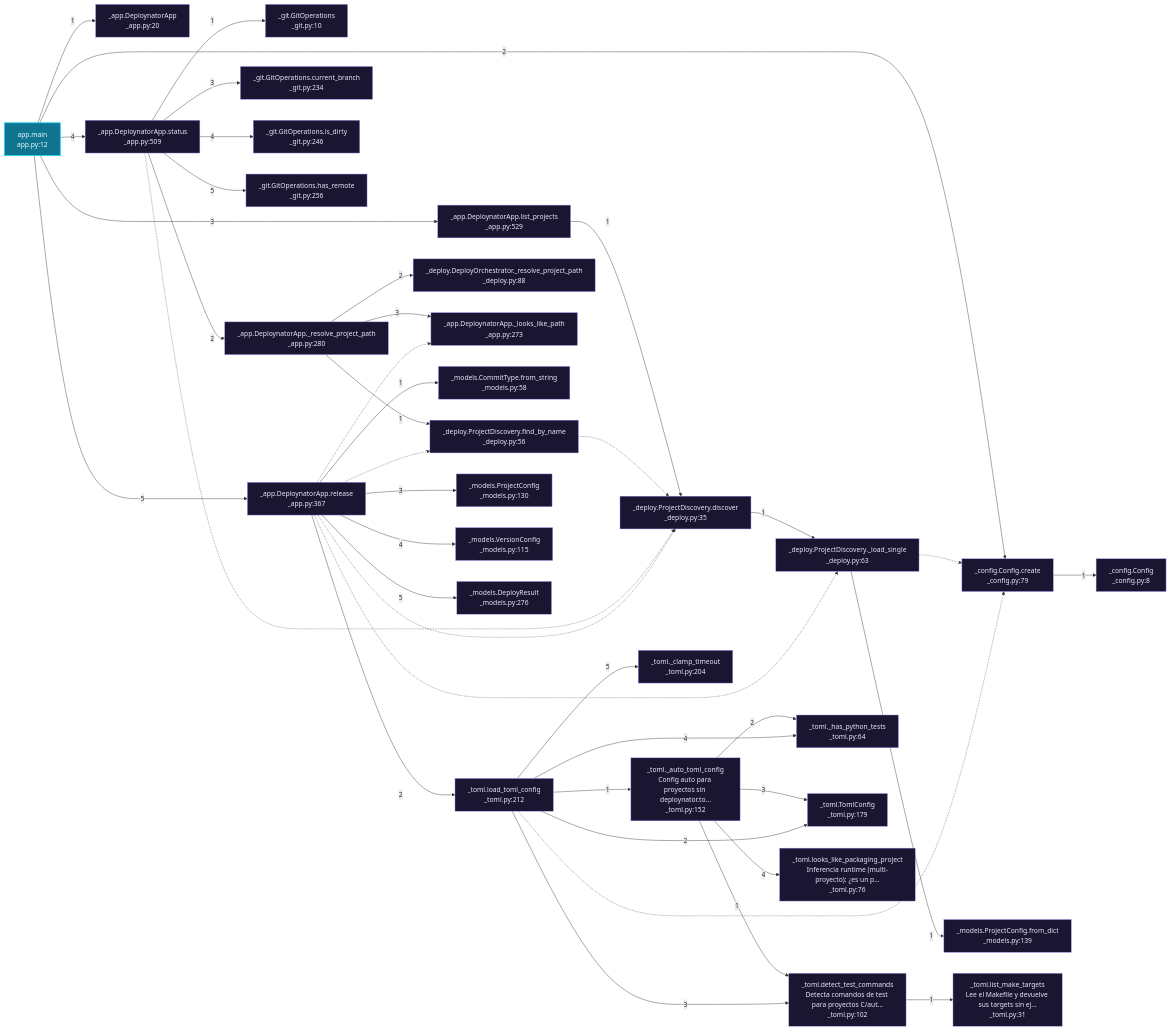
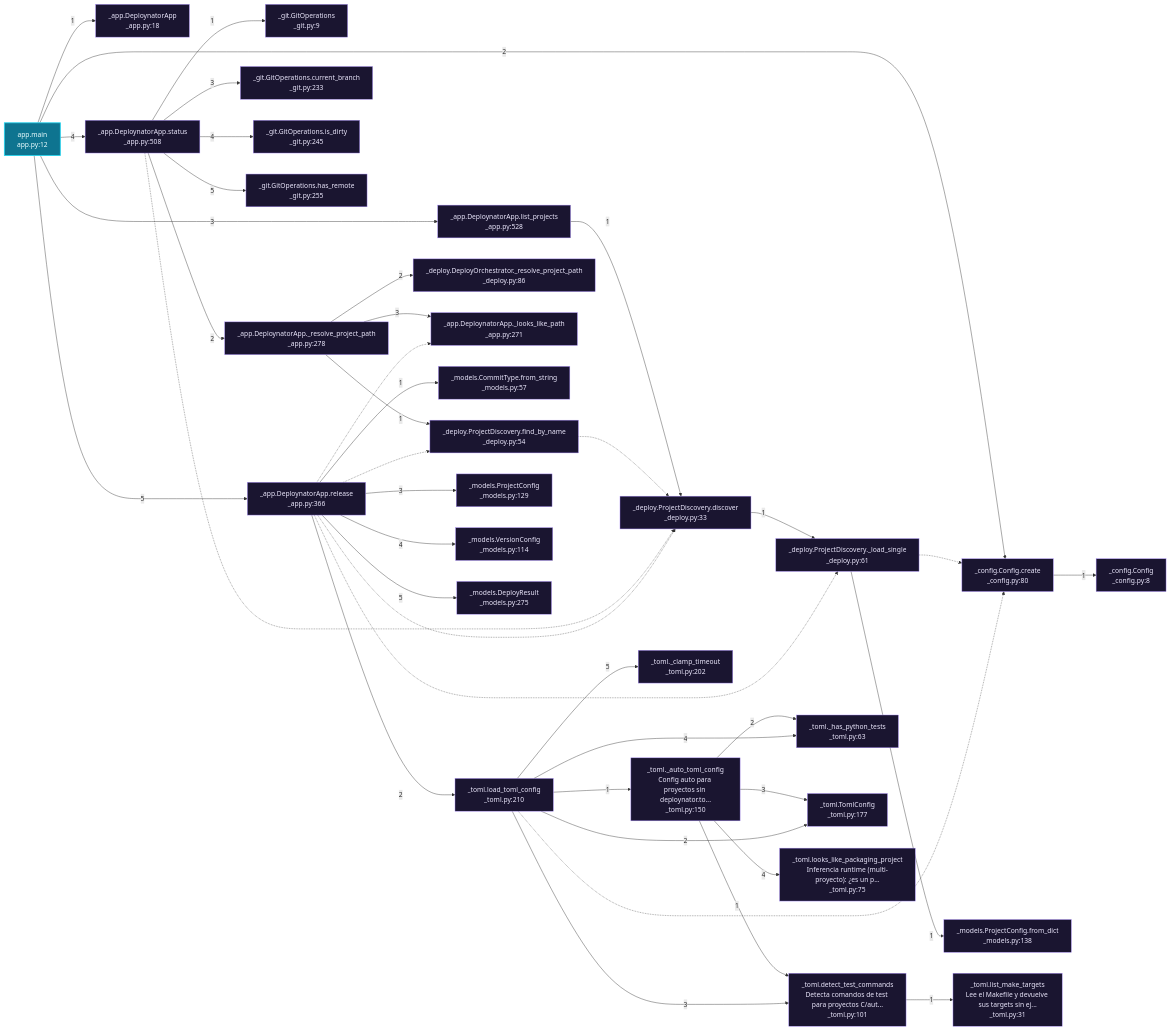
Before and after one commit to grisuno/deploynator: the third of 9 diagrams in readmenator-apidocs/architecture.md, drawn with Mermaid. The commit also changed other lines of this file and 144 other files, not shown here.

````diff
--- a/readmenator-apidocs/architecture.md
+++ b/readmenator-apidocs/architecture.md
@@ -79,75 +82,75 @@
 ```mermaid
 flowchart LR
     classDef entry fill:#0e7490,stroke:#22d3ee,color:#ecfeff,stroke-width:2px;
     classDef external fill:#1a1530,stroke:#a78bfa,color:#ede9fe;
     n_app_py__main["app.main<br/>app.py:12"]:::entry
-    n_deploynator__app_py__DeploynatorApp["_app.DeploynatorApp<br/>_app.py:20"]:::external
-    n_deploynator__config_py__create["_config.Config.create<br/>_config.py:79"]:::external
+    n_deploynator__app_py__DeploynatorApp["_app.DeploynatorApp<br/>_app.py:18"]:::external
+    n_deploynator__config_py__create["_config.Config.create<br/>_config.py:80"]:::external
     n_deploynator__config_py__Config["_config.Config<br/>_config.py:8"]:::external
-    n_deploynator__app_py__list_projects["_app.DeploynatorApp.list_projects<br/>_app.py:529"]:::external
-    n_deploynator__deploy_py__discover["_deploy.ProjectDiscovery.discover<br/>_deploy.py:35"]:::external
-    n_deploynator__deploy_py___load_single["_deploy.ProjectDiscovery._load_single<br/>_deploy.py:63"]:::external
-    n_deploynator__models_py__from_dict_139["_models.ProjectConfig.from_dict<br/>_models.py:139"]:::external
-    n_deploynator__app_py__status["_app.DeploynatorApp.status<br/>_app.py:509"]:::external
-    n_deploynator__git_py__GitOperations["_git.GitOperations<br/>_git.py:10"]:::external
-    n_deploynator__app_py___resolve_project_path["_app.DeploynatorApp._resolve_project_path<br/>_app.py:280"]:::external
-    n_deploynator__deploy_py__find_by_name["_deploy.ProjectDiscovery.find_by_name<br/>_deploy.py:56"]:::external
-    n_deploynator__deploy_py___resolve_project_path["_deploy.DeployOrchestrator._resolve_project_path<br/>_deploy.py:88"]:::external
-    n_deploynator__app_py___looks_like_path["_app.DeploynatorApp._looks_like_path<br/>_app.py:273"]:::external
-    n_deploynator__git_py__current_branch["_git.GitOperations.current_branch<br/>_git.py:234"]:::external
-    n_deploynator__git_py__is_dirty["_git.GitOperations.is_dirty<br/>_git.py:246"]:::external
-    n_deploynator__git_py__has_remote["_git.GitOperations.has_remote<br/>_git.py:256"]:::external
-    n_deploynator__app_py__release["_app.DeploynatorApp.release<br/>_app.py:367"]:::external
-    n_deploynator__models_py__from_string_58["_models.CommitType.from_string<br/>_models.py:58"]:::external
-    n_deploynator__toml_py__load_toml_config["_toml.load_toml_config<br/>_toml.py:212"]:::external
-    n_deploynator__toml_py___auto_toml_config["_toml._auto_toml_config<br/>Config auto para proyectos sin deploynator.to...<br/>_toml.py:152"]:::external
-    n_deploynator__toml_py__detect_test_commands["_toml.detect_test_commands<br/>Detecta comandos de test para proyectos C/aut...<br/>_toml.py:102"]:::external
-    n_deploynator__toml_py___has_python_tests["_toml._has_python_tests<br/>_toml.py:64"]:::external
-    n_deploynator__toml_py__TomlConfig["_toml.TomlConfig<br/>_toml.py:179"]:::external
-    n_deploynator__toml_py__looks_like_packaging_project["_toml.looks_like_packaging_project<br/>Inferencia runtime (multi-proyecto): ¿es un p...<br/>_toml.py:76"]:::external
+    n_deploynator__app_py__list_projects["_app.DeploynatorApp.list_projects<br/>_app.py:528"]:::external
+    n_deploynator__deploy_py__discover["_deploy.ProjectDiscovery.discover<br/>_deploy.py:33"]:::external
+    n_deploynator__deploy_py___load_single["_deploy.ProjectDiscovery._load_single<br/>_deploy.py:61"]:::external
+    n_deploynator__models_py__from_dict_138["_models.ProjectConfig.from_dict<br/>_models.py:138"]:::external
+    n_deploynator__app_py__status["_app.DeploynatorApp.status<br/>_app.py:508"]:::external
+    n_deploynator__git_py__GitOperations["_git.GitOperations<br/>_git.py:9"]:::external
+    n_deploynator__app_py___resolve_project_path["_app.DeploynatorApp._resolve_project_path<br/>_app.py:278"]:::external
+    n_deploynator__deploy_py__find_by_name["_deploy.ProjectDiscovery.find_by_name<br/>_deploy.py:54"]:::external
+    n_deploynator__deploy_py___resolve_project_path["_deploy.DeployOrchestrator._resolve_project_path<br/>_deploy.py:86"]:::external
+    n_deploynator__app_py___looks_like_path["_app.DeploynatorApp._looks_like_path<br/>_app.py:271"]:::external
+    n_deploynator__git_py__current_branch["_git.GitOperations.current_branch<br/>_git.py:233"]:::external
+    n_deploynator__git_py__is_dirty["_git.GitOperations.is_dirty<br/>_git.py:245"]:::external
+    n_deploynator__git_py__has_remote["_git.GitOperations.has_remote<br/>_git.py:255"]:::external
+    n_deploynator__app_py__release["_app.DeploynatorApp.release<br/>_app.py:366"]:::external
+    n_deploynator__models_py__from_string_57["_models.CommitType.from_string<br/>_models.py:57"]:::external
+    n_deploynator__toml_py__load_toml_config["_toml.load_toml_config<br/>_toml.py:210"]:::external
+    n_deploynator__toml_py___auto_toml_config["_toml._auto_toml_config<br/>Config auto para proyectos sin deploynator.to...<br/>_toml.py:150"]:::external
+    n_deploynator__toml_py__detect_test_commands["_toml.detect_test_commands<br/>Detecta comandos de test para proyectos C/aut...<br/>_toml.py:101"]:::external
+    n_deploynator__toml_py___has_python_tests["_toml._has_python_tests<br/>_toml.py:63"]:::external
+    n_deploynator__toml_py__TomlConfig["_toml.TomlConfig<br/>_toml.py:177"]:::external
+    n_deploynator__toml_py__looks_like_packaging_project["_toml.looks_like_packaging_project<br/>Inferencia runtime (multi-proyecto): ¿es un p...<br/>_toml.py:75"]:::external
     n_deploynator__toml_py__list_make_targets["_toml.list_make_targets<br/>Lee el Makefile y devuelve sus targets sin ej...<br/>_toml.py:31"]:::external
-    n_deploynator__toml_py___clamp_timeout["_toml._clamp_timeout<br/>_toml.py:204"]:::external
-    n_deploynator__models_py__ProjectConfig["_models.ProjectConfig<br/>_models.py:130"]:::external
-    n_deploynator__models_py__VersionConfig["_models.VersionConfig<br/>_models.py:115"]:::external
-    n_deploynator__models_py__DeployResult["_models.DeployResult<br/>_models.py:276"]:::external
+    n_deploynator__toml_py___clamp_timeout["_toml._clamp_timeout<br/>_toml.py:202"]:::external
+    n_deploynator__models_py__ProjectConfig["_models.ProjectConfig<br/>_models.py:129"]:::external
+    n_deploynator__models_py__VersionConfig["_models.VersionConfig<br/>_models.py:114"]:::external
+    n_deploynator__models_py__DeployResult["_models.DeployResult<br/>_models.py:275"]:::external
     n_app_py__main -->|"1"| n_deploynator__app_py__DeploynatorApp
     n_app_py__main -->|"2"| n_deploynator__config_py__create
     n_deploynator__config_py__create -->|"1"| n_deploynator__config_py__Config
     n_app_py__main -->|"3"| n_deploynator__app_py__list_projects
     n_deploynator__app_py__list_projects -->|"1"| n_deploynator__deploy_py__discover
     n_deploynator__deploy_py__discover -->|"1"| n_deploynator__deploy_py___load_single
     n_deploynator__deploy_py___load_single -.-> n_deploynator__config_py__create
-    n_deploynator__deploy_py___load_single -->|"1"| n_deploynator__models_py__from_dict_139
+    n_deploynator__deploy_py___load_single -->|"1"| n_deploynator__models_py__from_dict_138
     n_app_py__main -->|"4"| n_deploynator__app_py__status
     n_deploynator__app_py__status -->|"1"| n_deploynator__git_py__GitOperations
     n_deploynator__app_py__status -->|"2"| n_deploynator__app_py___resolve_project_path
     n_deploynator__app_py___resolve_project_path -->|"1"| n_deploynator__deploy_py__find_by_name
     n_deploynator__deploy_py__find_by_name -.-> n_deploynator__deploy_py__discover
     n_deploynator__app_py___resolve_project_path -->|"2"| n_deploynator__deploy_py___resolve_project_path
     n_deploynator__app_py___resolve_project_path -->|"3"| n_deploynator__app_py___looks_like_path
     n_deploynator__app_py__status -->|"3"| n_deploynator__git_py__current_branch
     n_deploynator__app_py__status -->|"4"| n_deploynator__git_py__is_dirty
     n_deploynator__app_py__status -->|"5"| n_deploynator__git_py__has_remote
     n_deploynator__app_py__status -.-> n_deploynator__deploy_py__discover
     n_app_py__main -->|"5"| n_deploynator__app_py__release
-    n_deploynator__app_py__release -->|"1"| n_deploynator__models_py__from_string_58
+    n_deploynator__app_py__release -->|"1"| n_deploynator__models_py__from_string_57
     n_deploynator__app_py__release -.-> n_deploynator__deploy_py__discover
     n_deploynator__app_py__release -.-> n_deploynator__deploy_py__find_by_name
     n_deploynator__app_py__release -.-> n_deploynator__app_py___looks_like_path
     n_deploynator__app_py__release -->|"2"| n_deploynator__toml_py__load_toml_config
     n_deploynator__toml_py__load_toml_config -->|"1"| n_deploynator__toml_py___auto_toml_config
     n_deploynator__toml_py___auto_toml_config -->|"1"| n_deploynator__toml_py__detect_test_commands
     n_deploynator__toml_py___auto_toml_config -->|"2"| n_deploynator__toml_py___has_python_tests
     n_deploynator__toml_py___auto_toml_config -->|"3"| n_deploynator__toml_py__TomlConfig
     n_deploynator__toml_py___auto_toml_config -->|"4"| n_deploynator__toml_py__looks_like_packaging_project
     n_deploynator__toml_py__load_toml_config -->|"2"| n_deploynator__toml_py__TomlConfig
     n_deploynator__toml_py__load_toml_config -.-> n_deploynator__config_py__create
     n_deploynator__toml_py__load_toml_config -->|"3"| n_deploynator__toml_py__detect_test_commands
     n_deploynator__toml_py__detect_test_commands -->|"1"| n_deploynator__toml_py__list_make_targets
     n_deploynator__toml_py__load_toml_config -->|"4"| n_deploynator__toml_py___has_python_tests
     n_deploynator__toml_py__load_toml_config -->|"5"| n_deploynator__toml_py___clamp_timeout
     n_deploynator__app_py__release -->|"3"| n_deploynator__models_py__ProjectConfig
     n_deploynator__app_py__release -->|"4"| n_deploynator__models_py__VersionConfig
     n_deploynator__app_py__release -.-> n_deploynator__deploy_py___load_single
     n_deploynator__app_py__release -->|"5"| n_deploynator__models_py__DeployResult
 ```
````
